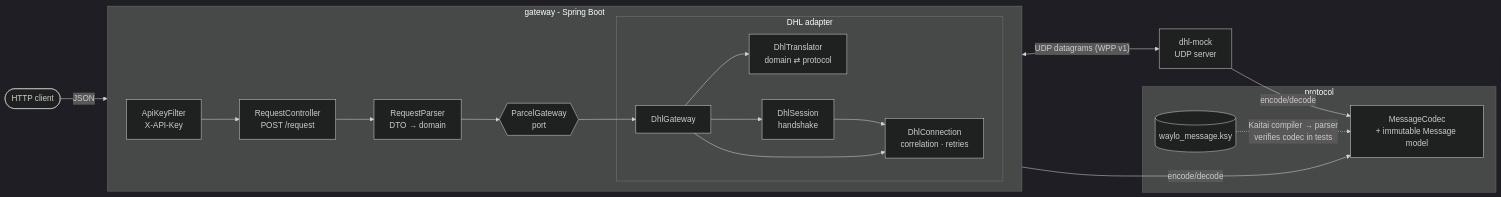
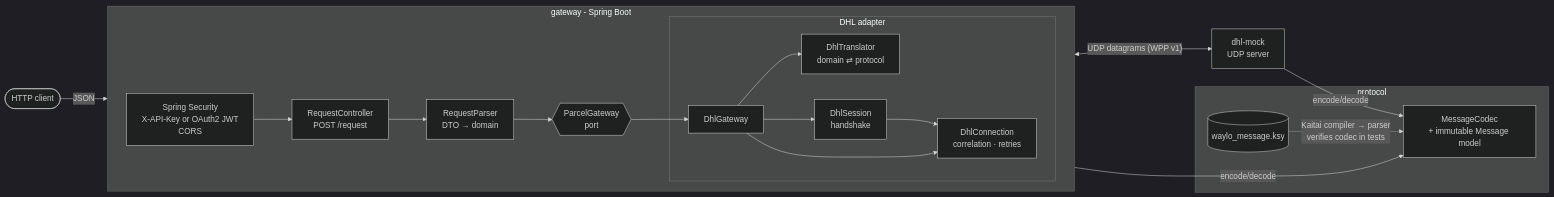
One commit to ndgynxjnsn-alt/waylo changed the first of 12 diagrams in README.md. Above: the diagram before and after it, drawn with Mermaid (dark theme). The commit also changed other lines of this file and 5 other files, not shown here.

First line of the commit message:
Accept OAuth2 bearer tokens (Keycloak) next to API keys; CORS for frontends

````diff
--- a/README.md
+++ b/README.md
@@ -15,35 +15,35 @@
 ```mermaid
 flowchart LR
     client([HTTP client])
 
     subgraph gw [gateway - Spring Boot]
         direction LR
-        sec[ApiKeyFilter<br/>X-API-Key]
+        sec[Spring Security<br/>X-API-Key or OAuth2 JWT<br/>CORS]
         ctrl[RequestController<br/>POST /request]
         parser[RequestParser<br/>DTO → domain]
         port{{ParcelGateway<br/>port}}
         subgraph adapter [DHL adapter]
             gwimpl[DhlGateway]
             tr[DhlTranslator<br/>domain ⇄ protocol]
             sess[DhlSession<br/>handshake]
             conn[DhlConnection<br/>correlation · retries]
         end
         sec --> ctrl --> parser --> port --> gwimpl
         gwimpl --> tr
         gwimpl --> sess --> conn
         gwimpl --> conn
     end
 
     subgraph proto [protocol]
         codec[MessageCodec<br/>+ immutable Message model]
         ksy[(waylo_message.ksy)]
     end
 
     mock[dhl-mock<br/>UDP server]
 
     client -- JSON --> sec
     conn -- encode/decode --> codec
     conn <-- "UDP datagrams (WPP v1)" --> mock
     mock -- encode/decode --> codec
     ksy -. "Kaitai compiler → parser<br/>verifies codec in tests" .-> codec
 ```
````
